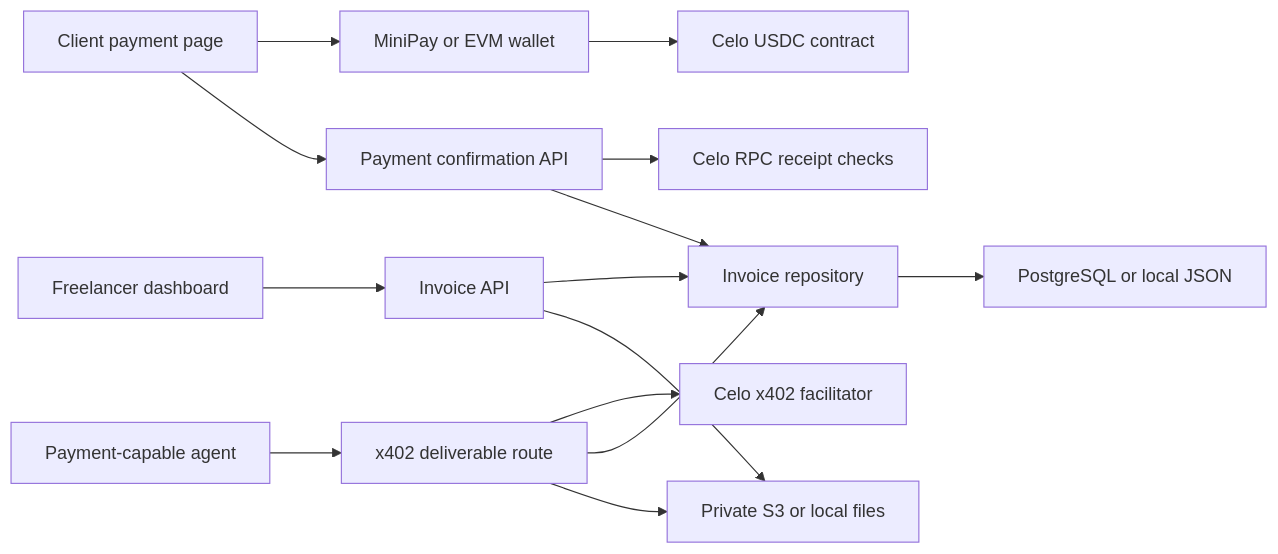
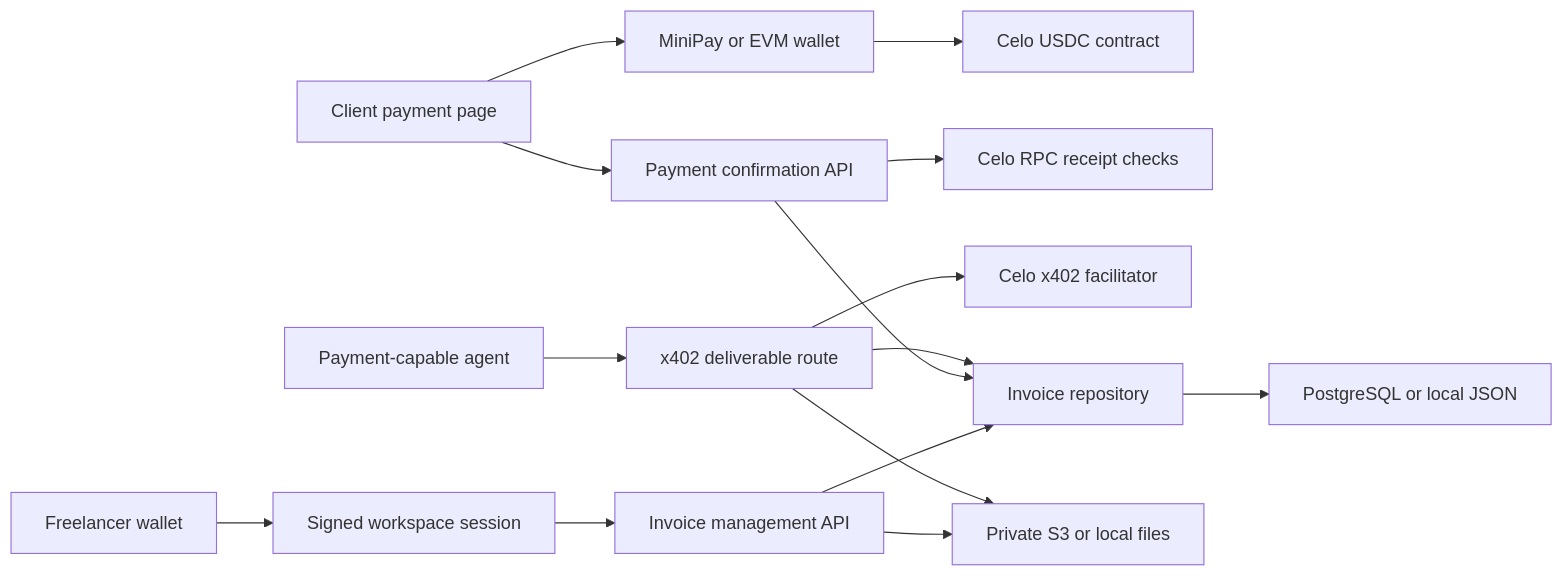
The diagram in docs/architecture.md (zynorr/tendapay), drawn with Mermaid before and after one commit. The commit also changed other lines of this file and 28 other files, not shown here.

````diff
--- a/docs/architecture.md
+++ b/docs/architecture.md
@@ -6,16 +6,17 @@
 ```mermaid
 flowchart LR
-  Freelancer["Freelancer dashboard"] --> InvoiceAPI["Invoice API"]
+  Freelancer["Freelancer wallet"] --> Auth["Signed workspace session"]
+  Auth --> InvoiceAPI["Invoice management API"]
   Client["Client payment page"] --> Wallet["MiniPay or EVM wallet"]
   Wallet --> Celo["Celo USDC contract"]
   Client --> ConfirmAPI["Payment confirmation API"]
   ConfirmAPI --> CeloRPC["Celo RPC receipt checks"]
   Agent["Payment-capable agent"] --> X402["x402 deliverable route"]
   X402 --> Facilitator["Celo x402 facilitator"]
   InvoiceAPI --> Repository["Invoice repository"]
   ConfirmAPI --> Repository
   X402 --> Repository
   Repository --> Data["PostgreSQL or local JSON"]
   InvoiceAPI --> Files["Private S3 or local files"]
   X402 --> Files
 ```
````
